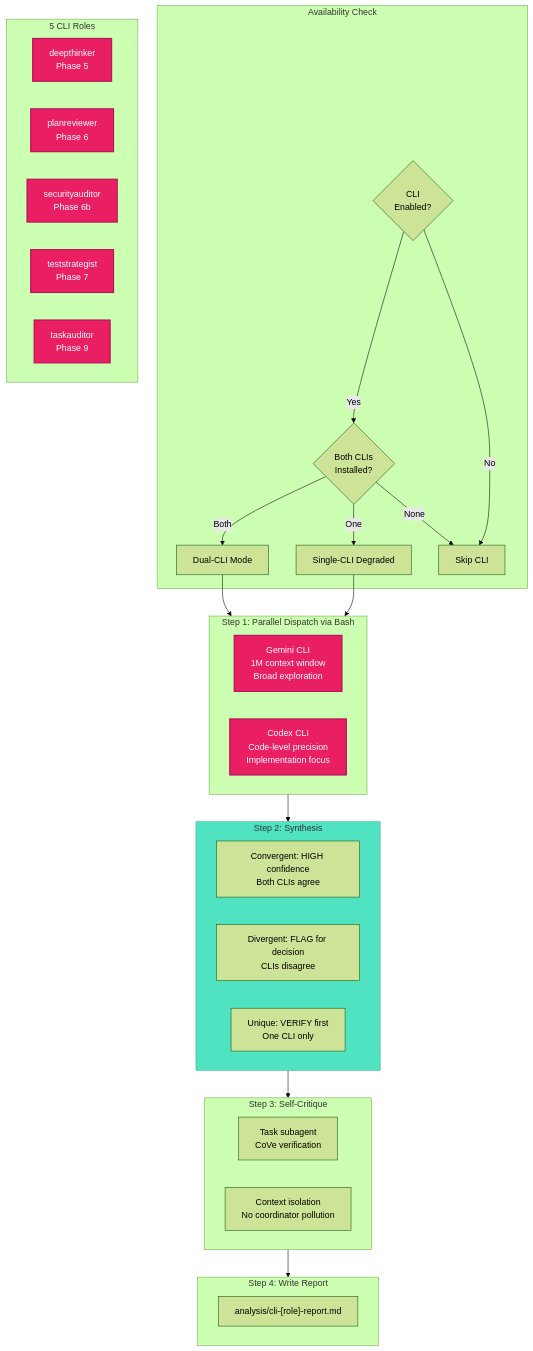
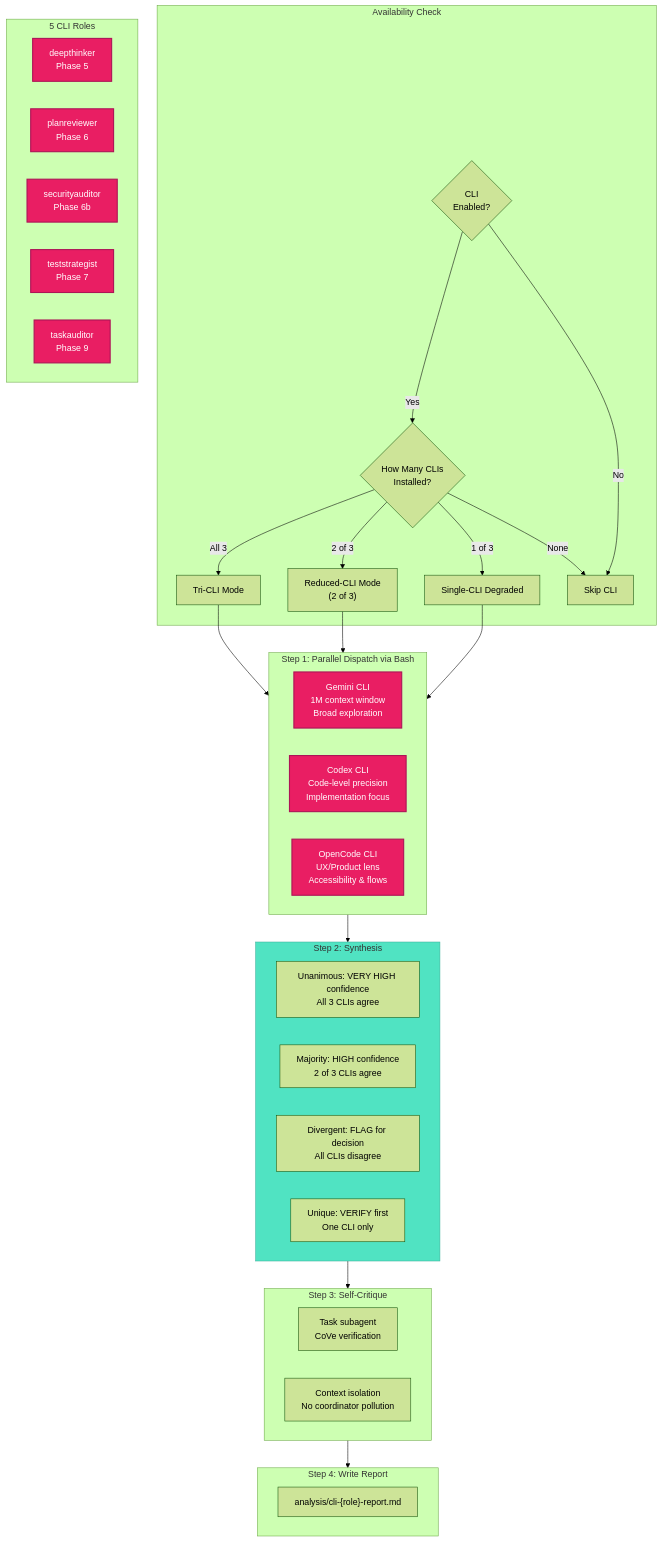
Before and after one commit to g3nx89/carlas-pantry: the fifth of 11 diagrams in plugins/product-planning/docs/workflow-diagram.md, drawn with Mermaid (forest theme). The commit also changed other lines of this file and 48 other files, not shown here.

First line of the commit message:
✨ feat(product-planning): add OpenCode as third CLI provider and expand multi-agent collaboration

````diff
--- a/plugins/product-planning/docs/workflow-diagram.md
+++ b/plugins/product-planning/docs/workflow-diagram.md
@@ -419,56 +418,61 @@
 ```mermaid
 flowchart TB
     classDef cli fill:#E91E63,stroke:#AD1457,color:#fff,stroke-width:2px
     classDef synthesis fill:#50E3C2,stroke:#3BB09A,color:#333,stroke-width:1px
 
     subgraph CHECK["Availability Check"]
         CK1{"CLI<br/>Enabled?"}
-        CK2{"Both CLIs<br/>Installed?"}
-        CK3["Dual-CLI Mode"]
-        CK4["Single-CLI Degraded"]
+        CK2{"How Many CLIs<br/>Installed?"}
+        CK3["Tri-CLI Mode"]
+        CK4["Reduced-CLI Mode<br/>(2 of 3)"]
+        CK4b["Single-CLI Degraded"]
         CK5["Skip CLI"]
 
         CK1 -->|Yes| CK2
         CK1 -->|No| CK5
-        CK2 -->|Both| CK3
-        CK2 -->|One| CK4
+        CK2 -->|All 3| CK3
+        CK2 -->|2 of 3| CK4
+        CK2 -->|1 of 3| CK4b
         CK2 -->|None| CK5
     end
 
     subgraph DISPATCH["Step 1: Parallel Dispatch via Bash"]
         direction LR
         G["Gemini CLI<br/>1M context window<br/>Broad exploration"]
         C["Codex CLI<br/>Code-level precision<br/>Implementation focus"]
+        O["OpenCode CLI<br/>UX/Product lens<br/>Accessibility & flows"]
     end
 
     subgraph SYNTH["Step 2: Synthesis"]
-        SY1["Convergent: HIGH confidence<br/>Both CLIs agree"]
-        SY2["Divergent: FLAG for decision<br/>CLIs disagree"]
+        SY0["Unanimous: VERY HIGH confidence<br/>All 3 CLIs agree"]
+        SY1["Majority: HIGH confidence<br/>2 of 3 CLIs agree"]
+        SY2["Divergent: FLAG for decision<br/>All CLIs disagree"]
         SY3["Unique: VERIFY first<br/>One CLI only"]
     end
 
     subgraph CRITIQUE["Step 3: Self-Critique"]
         CR1["Task subagent<br/>CoVe verification"]
         CR2["Context isolation<br/>No coordinator pollution"]
     end
 
     subgraph REPORT["Step 4: Write Report"]
         RP["analysis/cli-{role}-report.md"]
     end
 
     subgraph ROLES["5 CLI Roles"]
         direction LR
         R1["deepthinker<br/>Phase 5"]
         R2["planreviewer<br/>Phase 6"]
         R3["securityauditor<br/>Phase 6b"]
         R4["teststrategist<br/>Phase 7"]
         R5["taskauditor<br/>Phase 9"]
     end
 
     CK3 --> DISPATCH
     CK4 --> DISPATCH
+    CK4b --> DISPATCH
     DISPATCH --> SYNTH --> CRITIQUE --> REPORT
 
-    class G,C,R1,R2,R3,R4,R5 cli
+    class G,C,O,R1,R2,R3,R4,R5 cli
     class SYNTH synthesis
 ```
````
